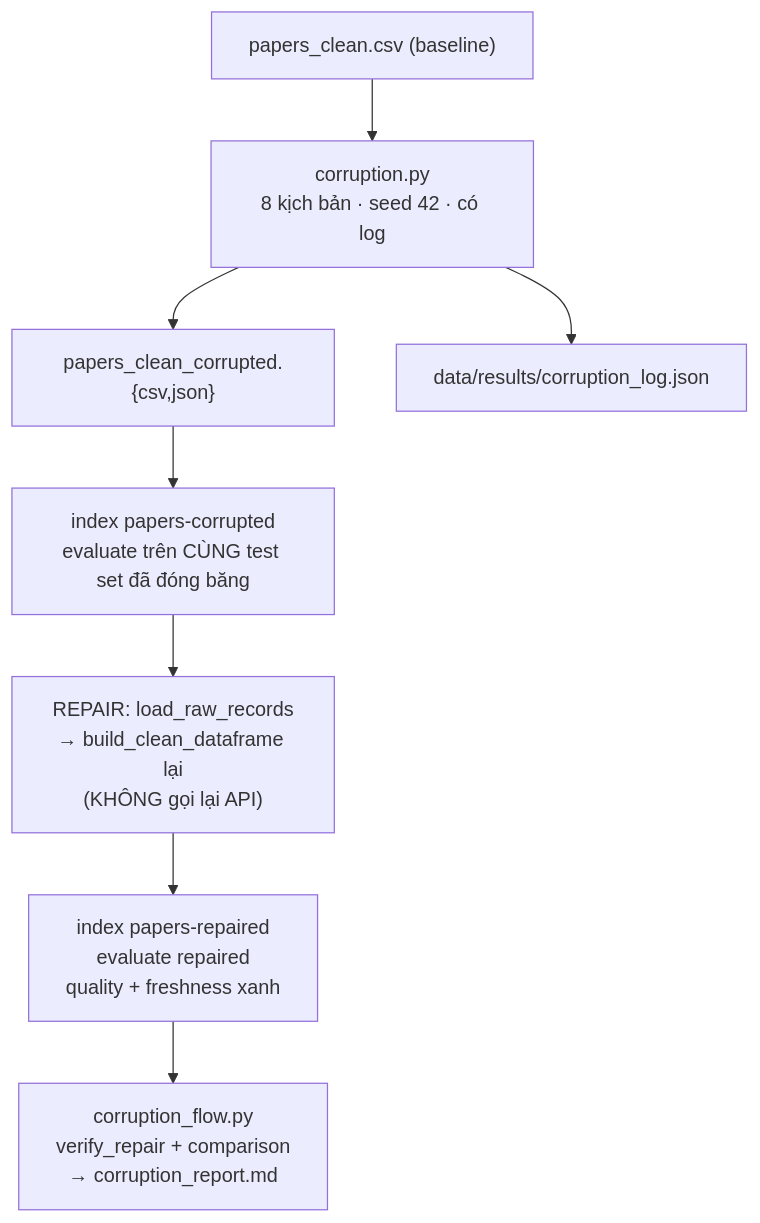
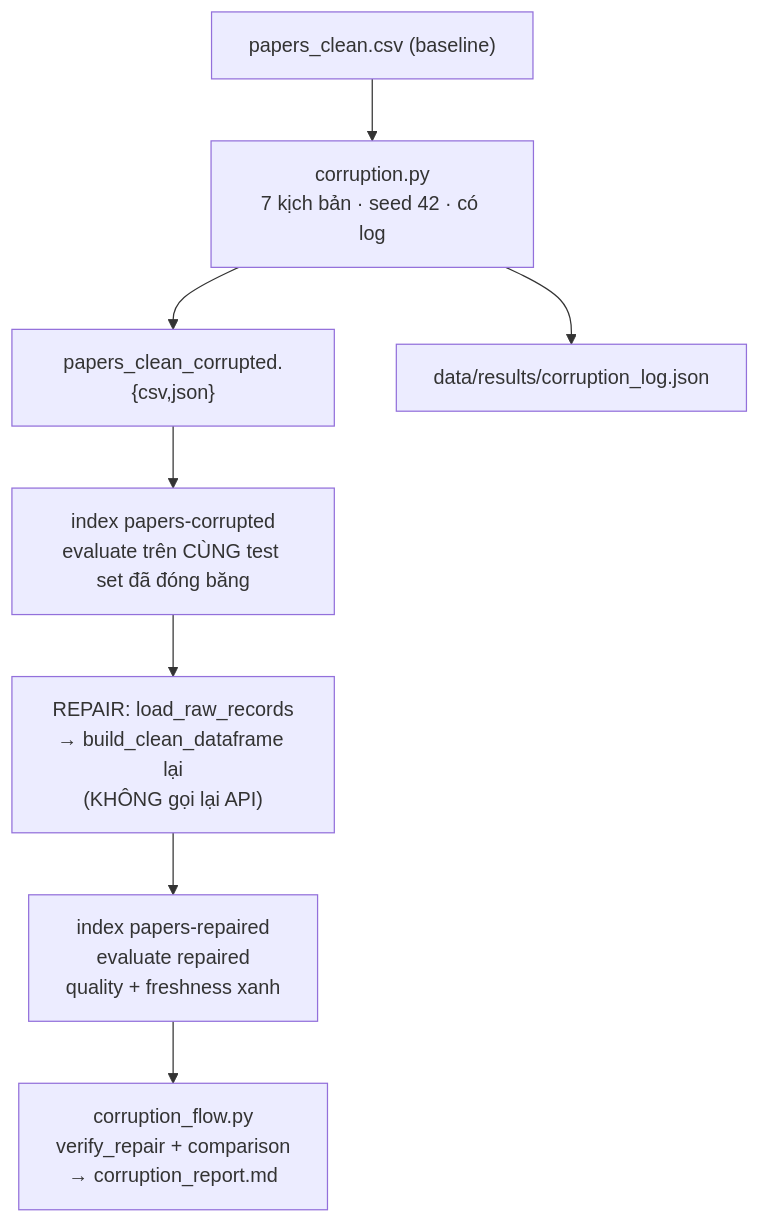
One commit to Marvis12957/K3_Day10_VinBrothers changed the second of 3 diagrams in docs/EXPLAIN_PIPELINE.md. Above: the diagram before and after it, drawn with Mermaid. The commit also changed other lines of this file, not shown here.

First line of the commit message:
fix(docs): repair source is crossref_records.json, and there are 7 corruption scenarios

````diff
--- a/docs/EXPLAIN_PIPELINE.md
+++ b/docs/EXPLAIN_PIPELINE.md
@@ -28,10 +28,10 @@
 ```mermaid
 flowchart TD
-    A["papers_clean.csv (baseline)"] --> B["corruption.py<br/>8 kịch bản · seed 42 · có log"]
+    A["papers_clean.csv (baseline)"] --> B["corruption.py<br/>7 kịch bản · seed 42 · có log"]
     B --> C1["papers_clean_corrupted.{csv,json}"]
     B --> C2["data/results/corruption_log.json"]
     C1 --> D["index papers-corrupted<br/>evaluate trên CÙNG test set đã đóng băng"]
     D --> E["REPAIR: load_raw_records<br/>→ build_clean_dataframe lại<br/>(KHÔNG gọi lại API)"]
     E --> F["index papers-repaired<br/>evaluate repaired<br/>quality + freshness xanh"]
     F --> G["corruption_flow.py<br/>verify_repair + comparison<br/>→ corruption_report.md"]
 ```
````
